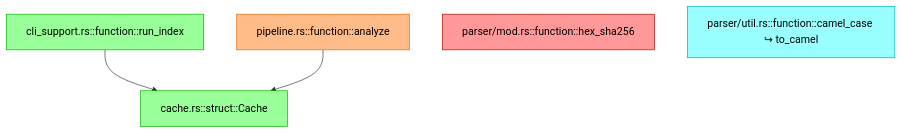
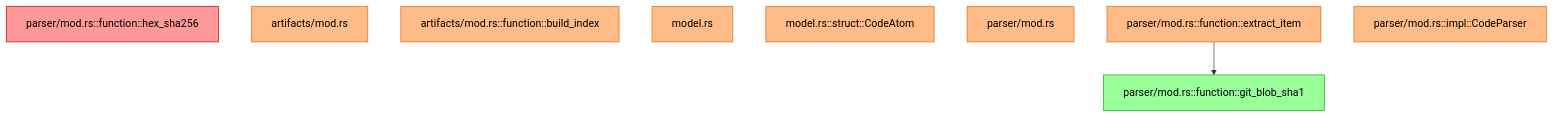
Before and after one commit to anatta-rs/ast-to-mermaid: the fourth of 5 diagrams in README.md, drawn with Mermaid. The commit also changed other lines of this file, not shown here.

Commit message:
docs(readme): swap synthetic Diff showcase for real CLI output
The earlier showcase example mixed real entity ids with one fictional
rename (`parser/util.rs::function::camel_case ↪ to_camel` — that file
doesn't exist). Replace with the verbatim output of

    a2m diff a435346~..a435346 --path ./src

run on this branch. That commit (FNV-1a content_hash → real git blob
SHA-1) is the cleanest illustration the history offers:

- 1 added (`git_blob_sha1`) + 1 removed (`hex_sha256`) — the swap
- 7 modified — the doc/shape ripples
- 1 blast-radius edge: `extract_item → git_blob_sha1`, the single
  caller that was patched to use the new function

Reading the shape of the diagram (one red, one green, one orange-to-
green arrow, six unconnected orange) tells you the shape of the
change: a feature commit with one in-bound caller. A bug fix would
have a different shape; a refactor a third. That's the point of the
diff renderer.

Also tightens the lead claim under "See it on real code" — the
labels are CLI-trimmed for the trailing segment in some places (the
CLI emits `code_src_parser_mod_rs__function__git_blob_sha1`), but
structure, edges, and counts are verbatim.

````diff
--- a/README.md
+++ b/README.md
@@ -90,15 +90,19 @@
 ```mermaid
 graph TD
-    %% diff: main → feature
+    %% diff: a435346~ → a435346
     classDef added fill:#9f9,stroke:#0a0,color:#000
     classDef removed fill:#f99,stroke:#a00,color:#000
     classDef modified fill:#fb8,stroke:#d60,color:#000
     classDef renamed fill:#9ff,stroke:#0aa,color:#000
-    n0["cache.rs::struct::Cache"]:::added
-    n1["cli_support.rs::function::run_index"]:::added
-    n2["pipeline.rs::function::analyze"]:::modified
-    n3["parser/mod.rs::function::hex_sha256"]:::removed
-    n4["parser/util.rs::function::camel_case ↪ to_camel"]:::renamed
-    n1 --> n0
-    n2 --> n0
+    n0["parser/mod.rs::function::git_blob_sha1"]:::added
+    n1["parser/mod.rs::function::hex_sha256"]:::removed
+    n2["artifacts/mod.rs"]:::modified
+    n3["artifacts/mod.rs::function::build_index"]:::modified
+    n4["model.rs"]:::modified
+    n5["model.rs::struct::CodeAtom"]:::modified
+    n6["parser/mod.rs"]:::modified
+    n7["parser/mod.rs::function::extract_item"]:::modified
+    n8["parser/mod.rs::impl::CodeParser"]:::modified
+    %% blast-radius edges (both endpoints in changeset)
+    n7 --> n0
 ```
````
